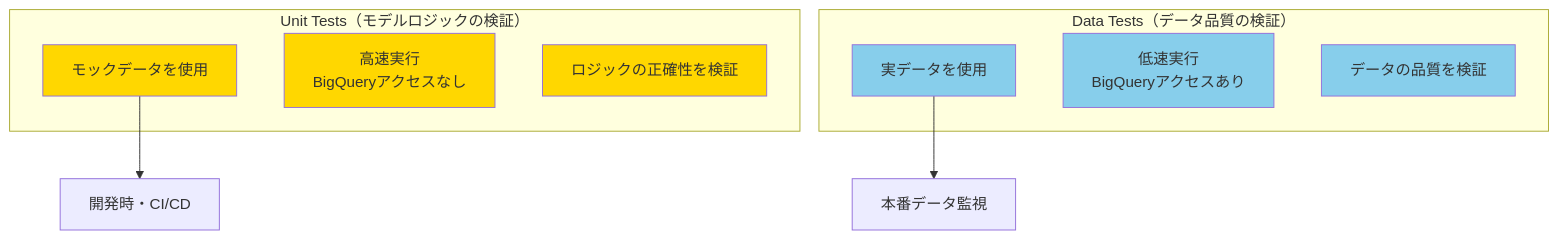
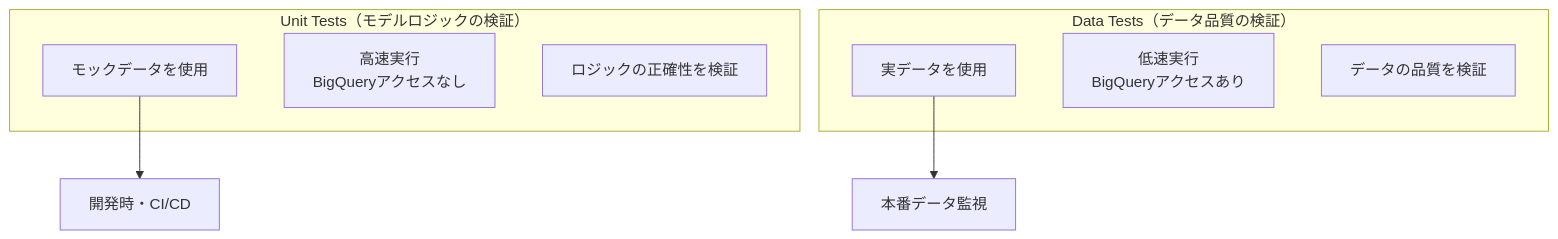
The third of 8 diagrams in content/Tech/dbt/categories/testing-config.md (1210yuichi0/1210yuichi0.github.io), drawn with Mermaid before and after one commit. The commit also changed other lines of this file and 22 other files, not shown here.

First line of the commit message:
style: remove Mermaid style directives for dark mode compatibility

````diff
--- a/content/Tech/dbt/categories/testing-config.md
+++ b/content/Tech/dbt/categories/testing-config.md
@@ -685,24 +678,18 @@
 ```mermaid
 graph TB
     subgraph "Unit Tests（モデルロジックの検証）"
         UT1[モックデータを使用]
         UT2[高速実行<br/>BigQueryアクセスなし]
         UT3[ロジックの正確性を検証]
     end
 
     subgraph "Data Tests（データ品質の検証）"
         DT1[実データを使用]
         DT2[低速実行<br/>BigQueryアクセスあり]
         DT3[データの品質を検証]
     end
 
     UT1 --> UT_Use[開発時・CI/CD]
     DT1 --> DT_Use[本番データ監視]
 
-    style UT1 fill:#FFD700
-    style UT2 fill:#FFD700
-    style UT3 fill:#FFD700
-    style DT1 fill:#87CEEB
-    style DT2 fill:#87CEEB
-    style DT3 fill:#87CEEB
 ```
````
